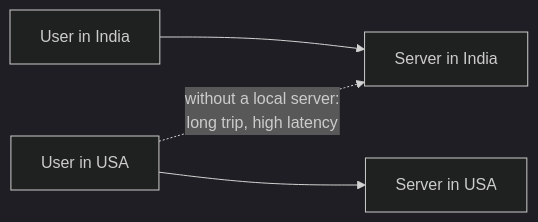
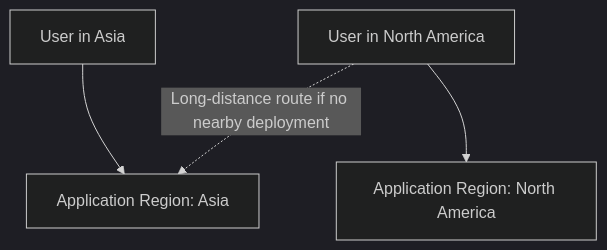
Before and after one commit to HARRISAMIN432/system-design-hld: diagram 11 of 17 in 09_distributed_computing/README.md, drawn with Mermaid (dark theme). The commit also changed other lines of this file and 11 other files, not shown here.

````diff
--- a/09_distributed_computing/README.md
+++ b/09_distributed_computing/README.md
@@ -121,6 +580,7 @@
 ```mermaid
-flowchart LR
-    UIN["User in India"] --> SIN["Server in India"]
-    UUS["User in USA"] --> SUS["Server in USA"]
-    UUS -. "without a local server:<br/>long trip, high latency" .-> SIN
+flowchart TB
+    U1["User in Asia"] --> A["Application Region: Asia"]
+    U2["User in North America"] --> B["Application Region: North America"]
+    
+    U2 -. "Long-distance route if no nearby deployment" .-> A
 ```
````
